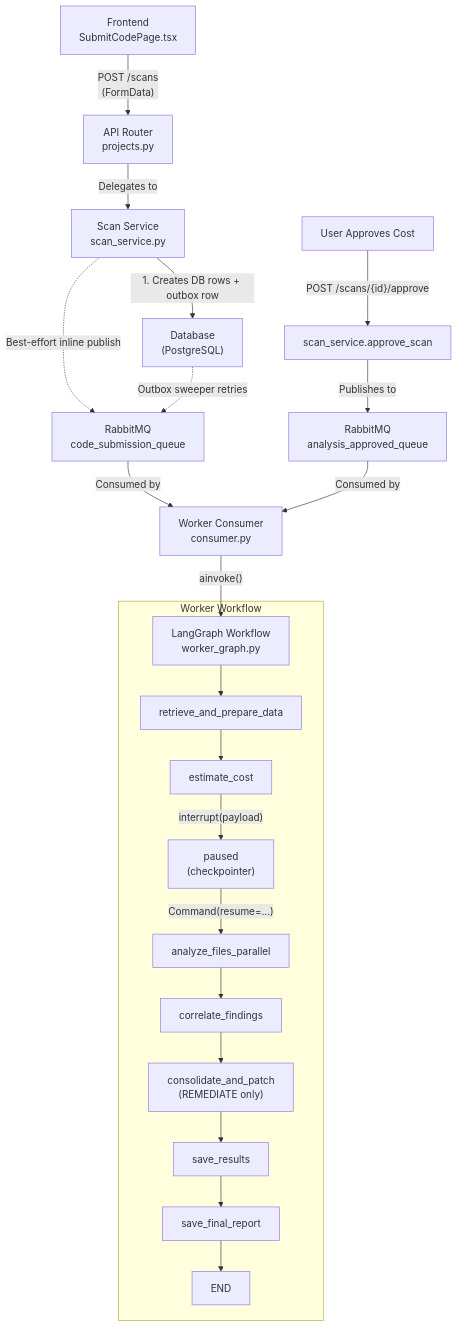
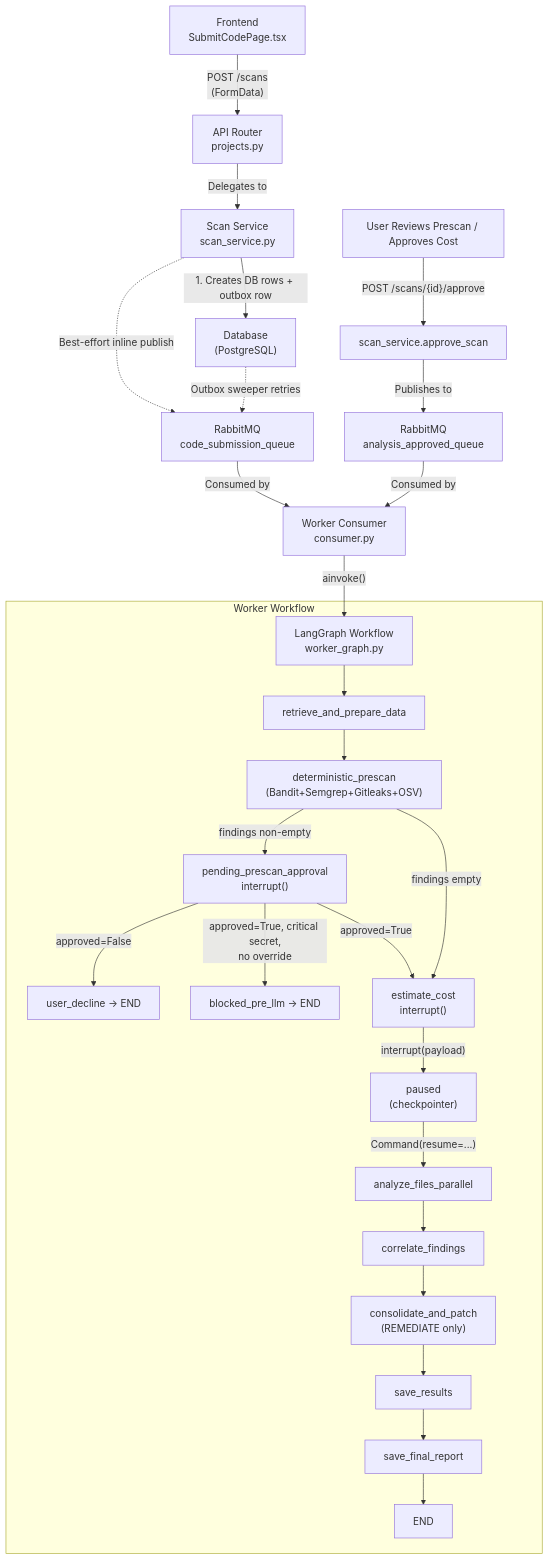
One commit to nerdy-krishna/secure_coding_platform changed the diagram in .agent/scanning_flow.md. Above: the diagram before and after it, drawn with Mermaid. The commit also changed other lines of this file and 30 other files, not shown here.

````diff
--- a/.agent/scanning_flow.md
+++ b/.agent/scanning_flow.md
@@ -5,26 +5,31 @@
 ```mermaid
 flowchart TD
     A["Frontend\nSubmitCodePage.tsx"] -->|"POST /scans\n(FormData)"| B["API Router\nprojects.py"]
     B -->|"Delegates to"| C["Scan Service\nscan_service.py"]
     C -->|"1. Creates DB rows + outbox row"| D["Database\n(PostgreSQL)"]
     C -.->|"Best-effort inline publish"| E["RabbitMQ\ncode_submission_queue"]
     D -.->|"Outbox sweeper retries"| E
     E -->|"Consumed by"| F["Worker Consumer\nconsumer.py"]
     F -->|"ainvoke()"| G["LangGraph Workflow\nworker_graph.py"]
 
     subgraph Worker Workflow
       G --> H["retrieve_and_prepare_data"]
-      H --> I["estimate_cost"]
+      H --> H2["deterministic_prescan\n(Bandit+Semgrep+Gitleaks+OSV)"]
+      H2 -->|"findings non-empty"| H3["pending_prescan_approval\ninterrupt()"]
+      H3 -->|"approved=False"| H4["user_decline → END"]
+      H3 -->|"approved=True, critical secret,\nno override"| H5["blocked_pre_llm → END"]
+      H3 -->|"approved=True"| I["estimate_cost\ninterrupt()"]
+      H2 -->|"findings empty"| I
       I -->|"interrupt(payload)"| Z1["paused\n(checkpointer)"]
       Z1 -->|"Command(resume=...)"| K["analyze_files_parallel"]
       K --> L["correlate_findings"]
       L --> M["consolidate_and_patch\n(REMEDIATE only)"]
       M --> N["save_results"]
       N --> O["save_final_report"]
       O --> Z2["END"]
     end
 
-    P["User Approves Cost"] -->|"POST /scans/{id}/approve"| Q["scan_service.approve_scan"]
+    P["User Reviews Prescan / Approves Cost"] -->|"POST /scans/{id}/approve"| Q["scan_service.approve_scan"]
     Q -->|"Publishes to"| R["RabbitMQ\nanalysis_approved_queue"]
     R -->|"Consumed by"| F
 ```
````
